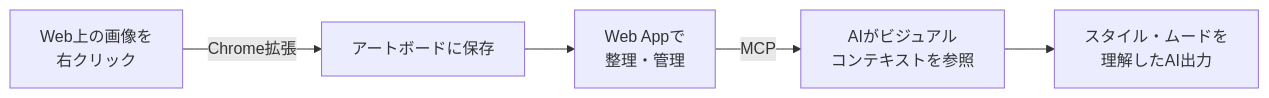
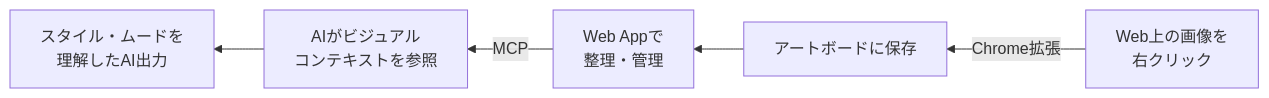
Before and after one commit to degudegu2510/portfolio: the diagram in src/contents/Product/fivia/fivia.md, drawn with Mermaid. The commit also changed other lines of this file and 6 other files, not shown here.

````diff
--- a/src/contents/Product/fivia/fivia.md
+++ b/src/contents/Product/fivia/fivia.md
@@ -47,7 +39,7 @@
 ```mermaid
-flowchart LR
+flowchart RL
   A["Web上の画像を<br/>右クリック"] -->|Chrome拡張| B[アートボードに保存]
   B --> C["Web Appで<br/>整理・管理"]
   C -->|MCP| D["AIがビジュアル<br/>コンテキストを参照"]
   D --> E["スタイル・ムードを<br/>理解したAI出力"]
 ```
````
